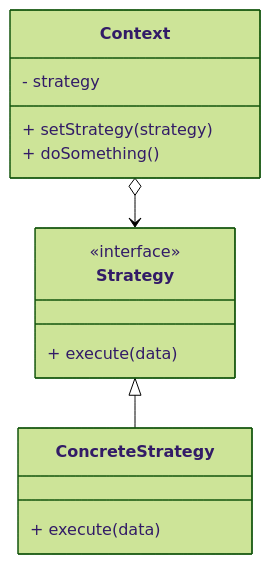
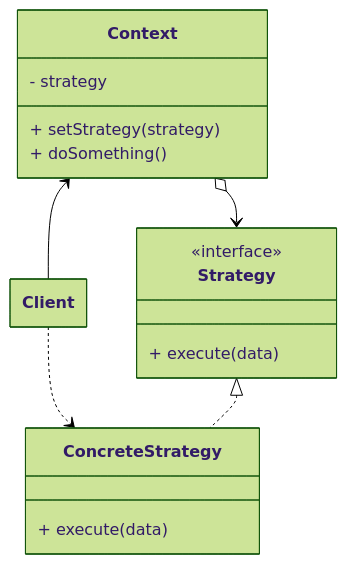
The diagram in design-patterns.md (bjenning04/foam), drawn with Mermaid (forest theme) before and after one commit.

Commit message:
Dec 20, 2025, 7:38 PM

````diff
--- a/design-patterns.md
+++ b/design-patterns.md
@@ -2,24 +2,26 @@
 ```mermaid
 %%{
   init: {
     "class": {
       "hideEmptyMembersBox": true
     }
   }
 }%%
 classDiagram
     Context o--> Strategy
-    Strategy <|-- ConcreteStrategy
+    Context <-- Client
+    Client ..> ConcreteStrategy
+    Strategy <|.. ConcreteStrategy
     class Context {
         - strategy
         + setStrategy(strategy)
         + doSomething()
     }
     class Strategy {
         <<interface>>
         + execute(data)
     }
     class ConcreteStrategy {
         + execute(data)
     }
 ```
````
